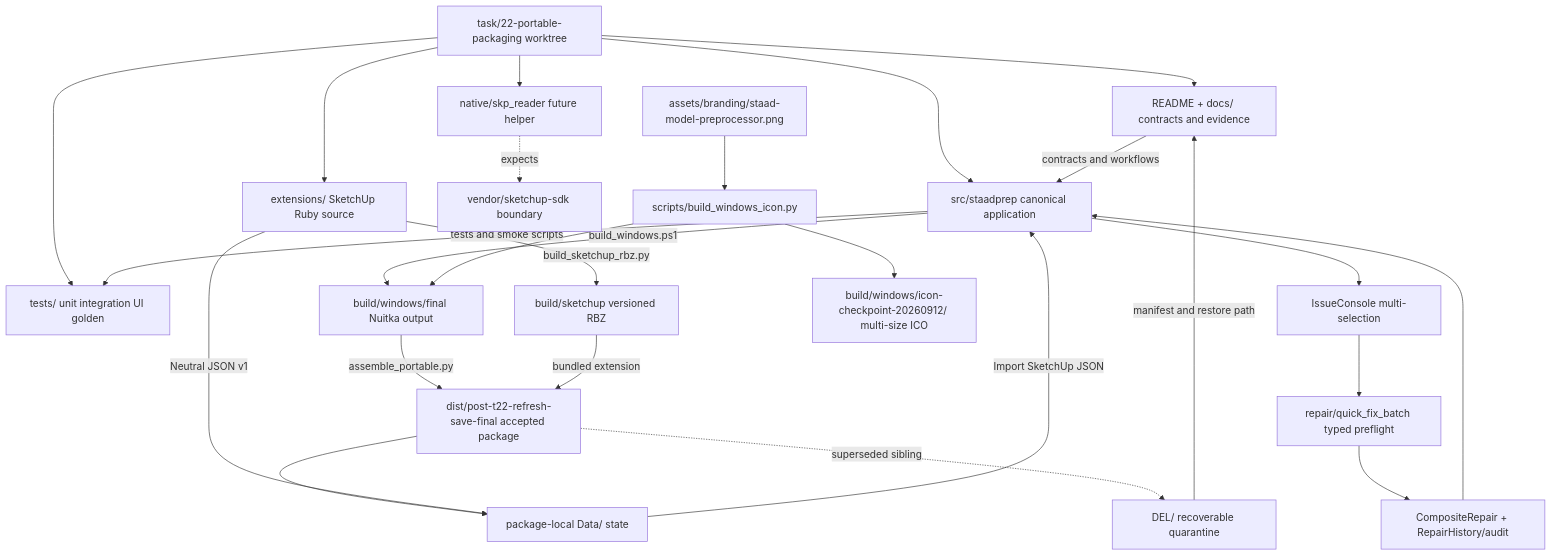
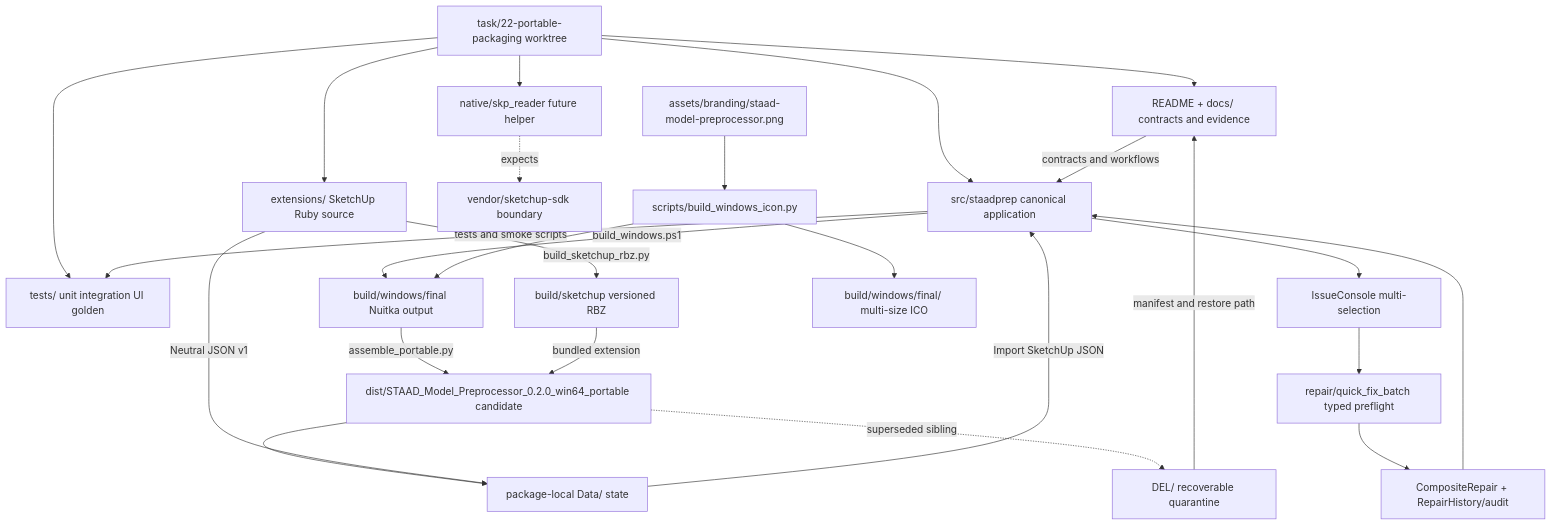
One commit to nariiiiiiiiiiii/STAAD_Model_Preprocessor changed the first of 6 diagrams in docs/WORKTREE_MINDMAP.md. Above: the diagram before and after it, drawn with Mermaid. The commit also changed other lines of this file and 43 other files, not shown here.

````diff
--- a/docs/WORKTREE_MINDMAP.md
+++ b/docs/WORKTREE_MINDMAP.md
@@ -51,46 +52,46 @@
 ```mermaid
 flowchart TD
     ROOT["task/22-portable-packaging worktree"]
     DOCS["README + docs/ contracts and evidence"]
     SRC["src/staadprep canonical application"]
     TESTS["tests/ unit integration UI golden"]
     EXT["extensions/ SketchUp Ruby source"]
     RBZ["build/sketchup versioned RBZ"]
     NATIVE["native/skp_reader future helper"]
     VENDOR["vendor/sketchup-sdk boundary"]
     BUILD["build/windows/final Nuitka output"]
-    DIST["dist/post-t22-refresh-save-final accepted package"]
+    DIST["dist/STAAD_Model_Preprocessor_0.2.0_win64_portable candidate"]
     DATA["package-local Data/ state"]
     ISSUES["IssueConsole multi-selection"]
     BATCH["repair/quick_fix_batch typed preflight"]
     HISTORY["CompositeRepair + RepairHistory/audit"]
     BRAND["assets/branding/staad-model-preprocessor.png"]
     ICONBUILD["scripts/build_windows_icon.py"]
-    ICO["build/windows/icon-checkpoint-20260912/ multi-size ICO"]
+    ICO["build/windows/final/ multi-size ICO"]
     DEL["DEL/ recoverable quarantine"]
 
     ROOT --> DOCS
     ROOT --> SRC
     ROOT --> TESTS
     ROOT --> EXT
     ROOT --> NATIVE
     NATIVE -.expects.-> VENDOR
     EXT -->|build_sketchup_rbz.py| RBZ
     SRC -->|build_windows.ps1| BUILD
     BRAND --> ICONBUILD
     ICONBUILD --> ICO
     ICONBUILD --> BUILD
     BUILD -->|assemble_portable.py| DIST
     RBZ -->|bundled extension| DIST
     DIST --> DATA
     EXT -->|Neutral JSON v1| DATA
     DATA -->|Import SketchUp JSON| SRC
     SRC -->|tests and smoke scripts| TESTS
     SRC --> ISSUES
     ISSUES --> BATCH
     BATCH --> HISTORY
     HISTORY --> SRC
     DOCS -->|contracts and workflows| SRC
     DIST -.superseded sibling.-> DEL
     DEL -->|manifest and restore path| DOCS
 ```
````
